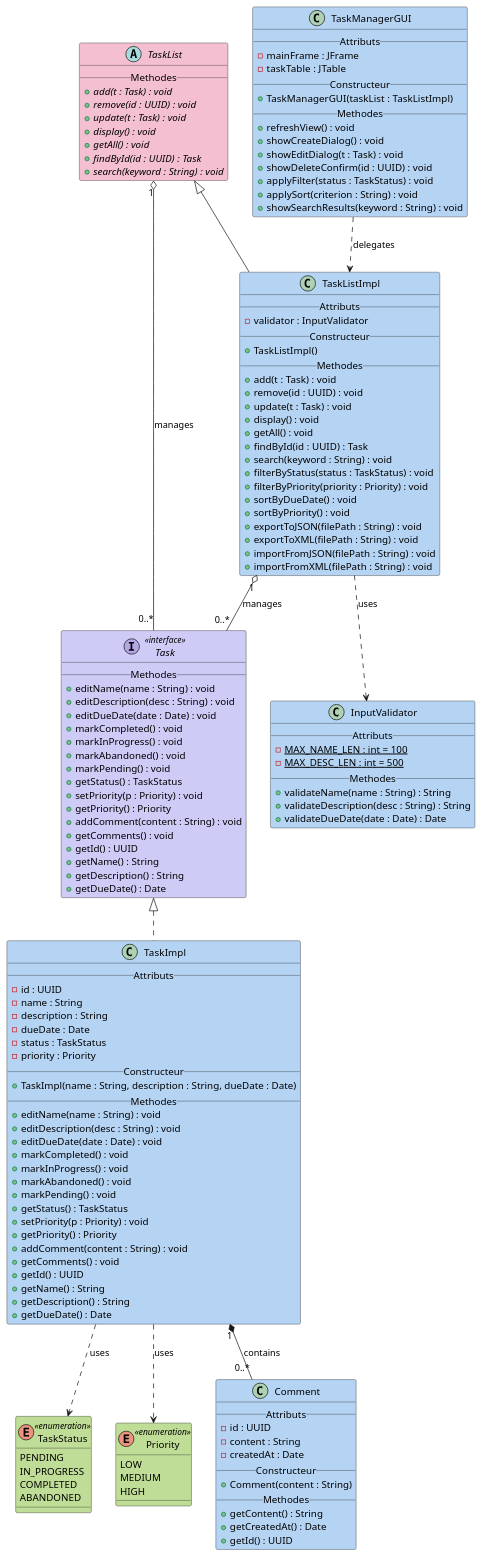
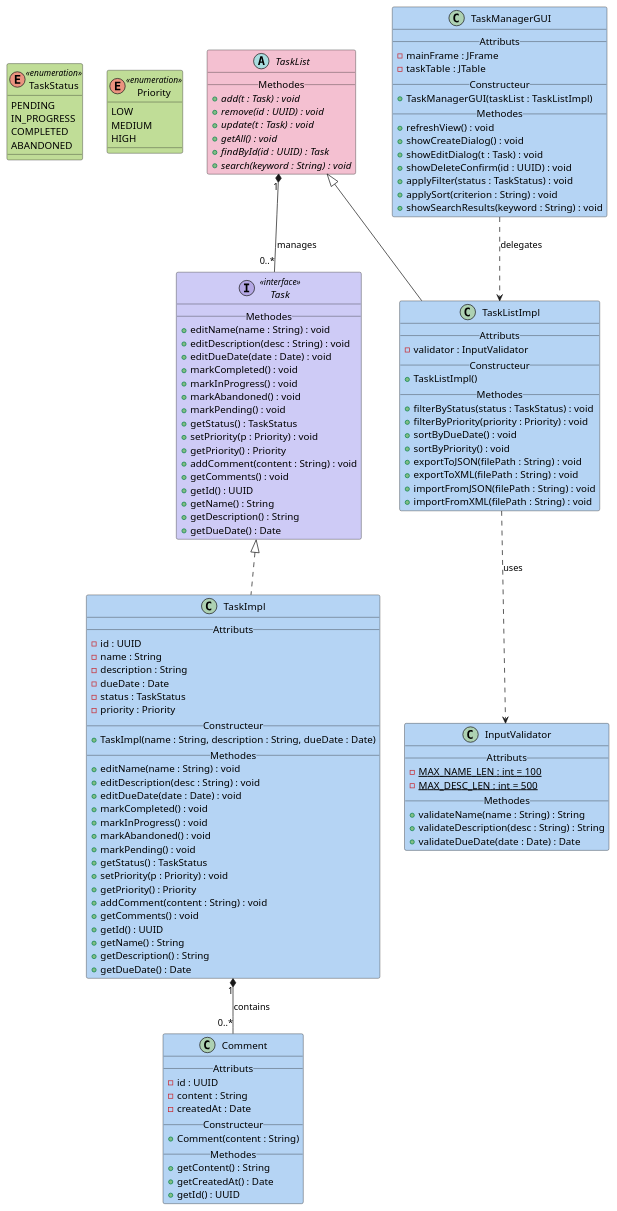
The diagram in class_diagram.puml (Julien3556/Gestionnaire_de_taches), drawn with PlantUML before and after one commit.

Commit message:
Correction2 class_diagram

```diff
--- a/class_diagram.puml
+++ b/class_diagram.puml
@@ -1,156 +1,143 @@
 @startuml ClassDiagram_Partie1
 
 enum TaskStatus <<enumeration>> #C0DD97 {
     PENDING
     IN_PROGRESS
     COMPLETED
     ABANDONED
 }
 
 enum Priority <<enumeration>> #C0DD97 {
     LOW
     MEDIUM
     HIGH
 }
 
 interface Task <<interface>> #CECBF6 {
     __Methodes__
     + editName(name : String) : void
     + editDescription(desc : String) : void
     + editDueDate(date : Date) : void
     + markCompleted() : void
     + markInProgress() : void
     + markAbandoned() : void
     + markPending() : void
     + getStatus() : TaskStatus
     + setPriority(p : Priority) : void
     + getPriority() : Priority
     + addComment(content : String) : void
     + getComments() : void
     + getId() : UUID
     + getName() : String
     + getDescription() : String
     + getDueDate() : Date
 }
 
 class TaskImpl #B5D4F4 {
     __Attributs__
     - id : UUID
     - name : String
     - description : String
     - dueDate : Date
     - status : TaskStatus
     - priority : Priority
     __Constructeur__
     + TaskImpl(name : String, description : String, dueDate : Date)
     __Methodes__
     + editName(name : String) : void
     + editDescription(desc : String) : void
     + editDueDate(date : Date) : void
     + markCompleted() : void
     + markInProgress() : void
     + markAbandoned() : void
     + markPending() : void
     + getStatus() : TaskStatus
     + setPriority(p : Priority) : void
     + getPriority() : Priority
     + addComment(content : String) : void
     + getComments() : void
     + getId() : UUID
     + getName() : String
     + getDescription() : String
     + getDueDate() : Date
 }
 
 class Comment #B5D4F4 {
     __Attributs__
     - id : UUID
     - content : String
     - createdAt : Date
     __Constructeur__
     + Comment(content : String)
     __Methodes__
     + getContent() : String
     + getCreatedAt() : Date
     + getId() : UUID
 }
 
 class InputValidator #B5D4F4 {
     __Attributs__
     - {static} MAX_NAME_LEN : int = 100
     - {static} MAX_DESC_LEN : int = 500
     __Methodes__
     + validateName(name : String) : String
     + validateDescription(desc : String) : String
     + validateDueDate(date : Date) : Date
 }
 
 abstract class TaskList #F4C0D1 {
     __Methodes__
     + {abstract} add(t : Task) : void
     + {abstract} remove(id : UUID) : void
     + {abstract} update(t : Task) : void
-    + {abstract} display() : void
     + {abstract} getAll() : void
     + {abstract} findById(id : UUID) : Task
     + {abstract} search(keyword : String) : void
 }
 
 class TaskListImpl #B5D4F4 {
     __Attributs__
     - validator : InputValidator
     __Constructeur__
     + TaskListImpl()
     __Methodes__
-    + add(t : Task) : void
-    + remove(id : UUID) : void
-    + update(t : Task) : void
-    + display() : void
-    + getAll() : void
-    + findById(id : UUID) : Task
-    + search(keyword : String) : void
     + filterByStatus(status : TaskStatus) : void
     + filterByPriority(priority : Priority) : void
     + sortByDueDate() : void
     + sortByPriority() : void
     + exportToJSON(filePath : String) : void
     + exportToXML(filePath : String) : void
     + importFromJSON(filePath : String) : void
     + importFromXML(filePath : String) : void
 }
 
 class TaskManagerGUI #B5D4F4 {
     __Attributs__
     - mainFrame : JFrame
     - taskTable : JTable
     __Constructeur__
     + TaskManagerGUI(taskList : TaskListImpl)
     __Methodes__
     + refreshView() : void
     + showCreateDialog() : void
     + showEditDialog(t : Task) : void
     + showDeleteConfirm(id : UUID) : void
     + applyFilter(status : TaskStatus) : void
     + applySort(criterion : String) : void
     + showSearchResults(keyword : String) : void
 }
 
 
 Task <|.. TaskImpl
 
 TaskList <|-- TaskListImpl
 
-TaskImpl ..> TaskStatus : uses
-TaskImpl ..> Priority  : uses
-
 TaskImpl "1" *-- "0..*" Comment : contains 
 
-TaskList "1" o-- "0..*" Task : manages 
-
-TaskListImpl "1" o-- "0..*" Task : manages 
+TaskList "1" *-- "0..*" Task : manages 
 
 TaskListImpl ..> InputValidator : uses 
 
 TaskManagerGUI ..> TaskListImpl : delegates 
 
 @enduml
```
